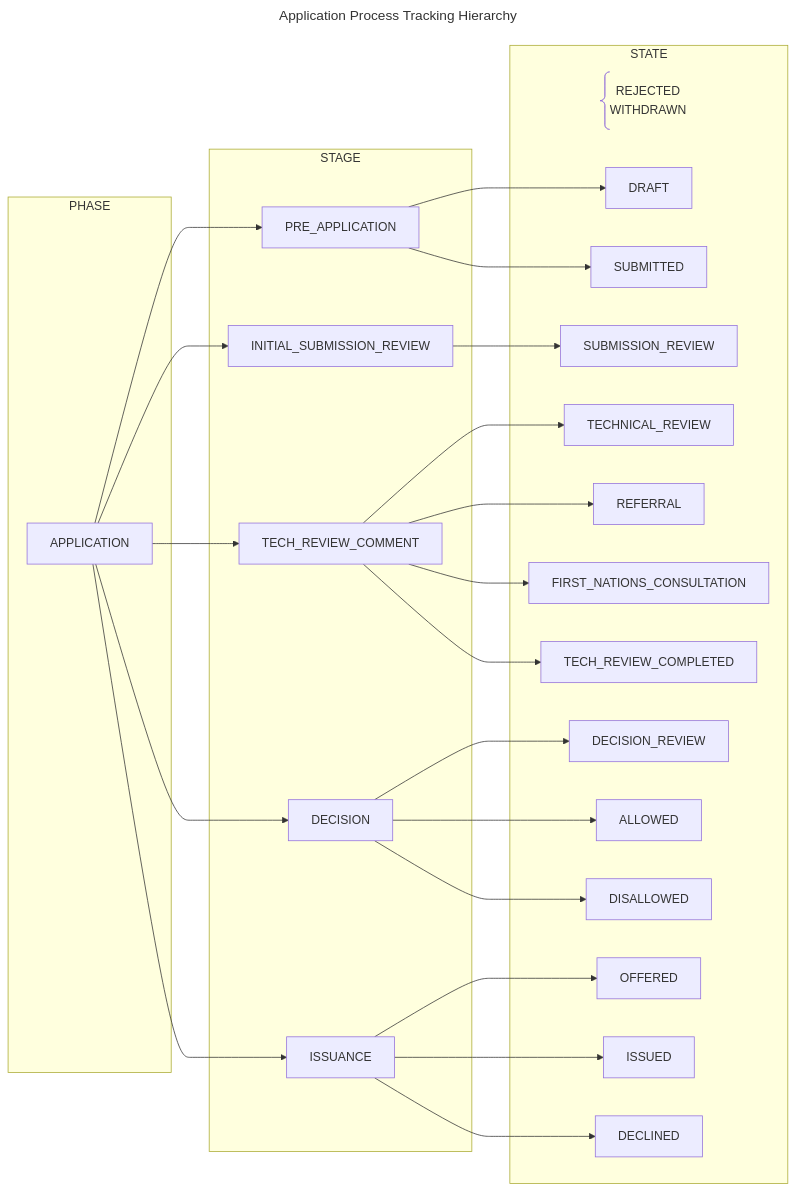
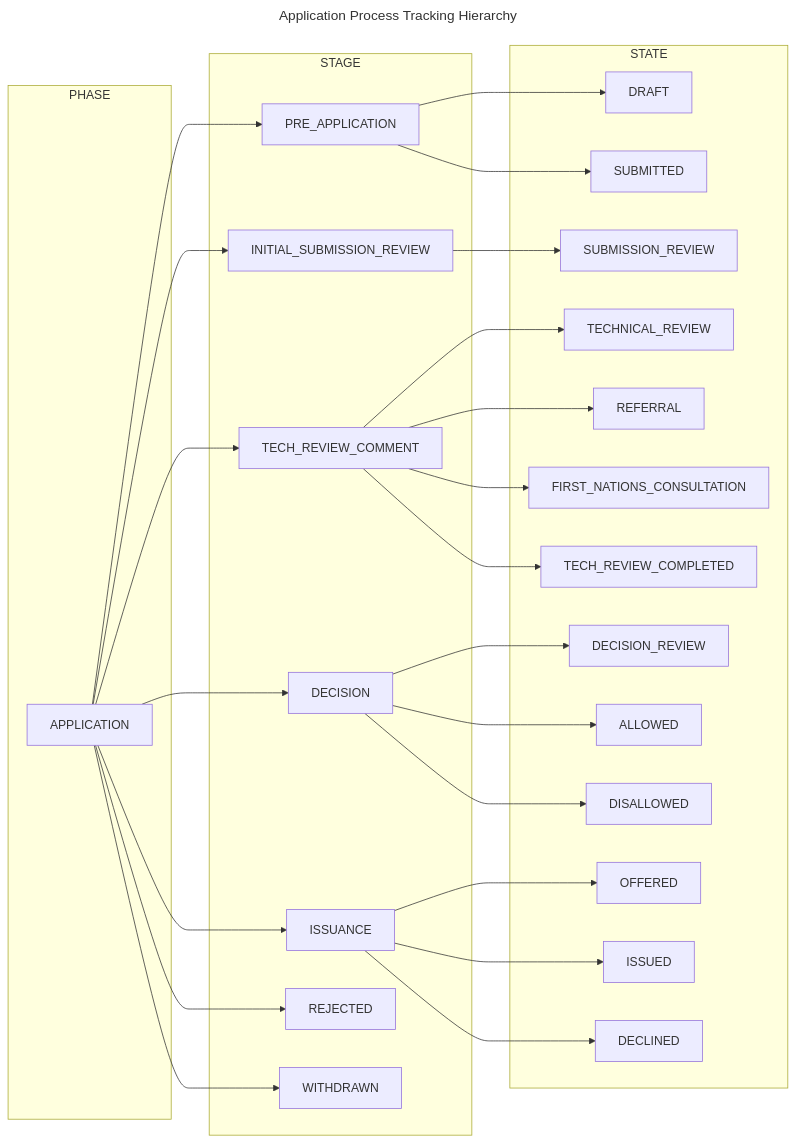
The first of 3 diagrams in docs/spec/code_system/application_process.md (bcgov/nr-pies), drawn with Mermaid before and after one commit. The commit also changed other lines of this file, not shown here.

Commit message:
Update application process to include REJECTED and WITHDRAWN codes

````diff
--- a/docs/spec/code_system/application_process.md
+++ b/docs/spec/code_system/application_process.md
@@ -26,62 +26,62 @@
 ```mermaid
 ---
 title: Application Process Tracking Hierarchy
 ---
 
 flowchart LR
-  ANYTIME@{ shape: comment, label: "REJECTED
-  WITHDRAWN" }
-
   PRE_APPLICATION --> DRAFT
   PRE_APPLICATION --> SUBMITTED
 
   APPLICATION --> PRE_APPLICATION
   APPLICATION --> INITIAL_SUBMISSION_REVIEW
   APPLICATION --> TECH_REVIEW_COMMENT
   APPLICATION --> DECISION
   APPLICATION --> ISSUANCE
+  APPLICATION --> REJECTED
+  APPLICATION --> WITHDRAWN
 
   INITIAL_SUBMISSION_REVIEW  --> SUBMISSION_REVIEW
 
   TECH_REVIEW_COMMENT --> TECHNICAL_REVIEW
   TECH_REVIEW_COMMENT --> REFERRAL
   TECH_REVIEW_COMMENT --> FIRST_NATIONS_CONSULTATION
   TECH_REVIEW_COMMENT --> TECH_REVIEW_COMPLETED
 
   DECISION --> DECISION_REVIEW
   DECISION --> ALLOWED
   DECISION --> DISALLOWED
 
   ISSUANCE --> OFFERED
   ISSUANCE --> ISSUED
   ISSUANCE --> DECLINED
 
   subgraph PHASE
    APPLICATION
   end
 
   subgraph STAGE
     PRE_APPLICATION
     INITIAL_SUBMISSION_REVIEW
     TECH_REVIEW_COMMENT
     DECISION
     ISSUANCE
+    REJECTED
+    WITHDRAWN
   end
 
   subgraph STATE
     DRAFT
     SUBMITTED
     SUBMISSION_REVIEW
     TECHNICAL_REVIEW
     REFERRAL
     FIRST_NATIONS_CONSULTATION
     TECH_REVIEW_COMPLETED
     DECISION_REVIEW
     ALLOWED
     DISALLOWED
     OFFERED
     ISSUED
     DECLINED
-    ANYTIME
   end
 ```
````
